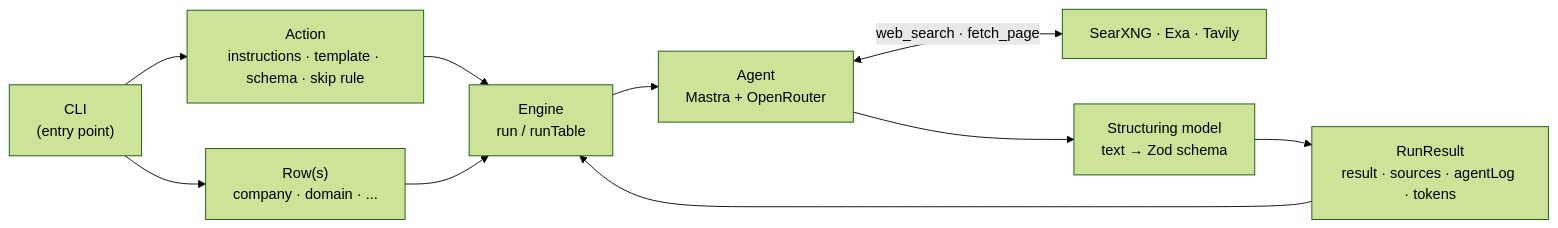
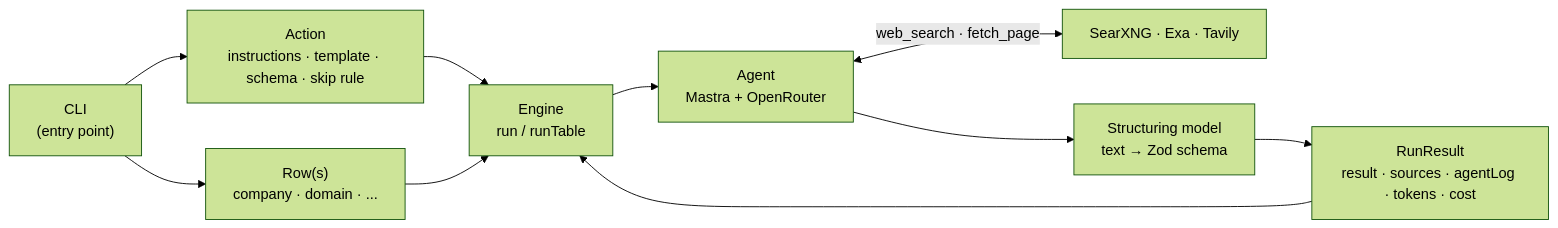
Before and after one commit to simonbalfe/openclaygent: the first of 3 diagrams in docs/architecture.md, drawn with Mermaid (forest theme). The commit also changed other lines of this file and 14 other files, not shown here.

First line of the commit message:
feat(cost): exact per-provider cost tracking in RunResult

````diff
--- a/docs/architecture.md
+++ b/docs/architecture.md
@@ -11,12 +11,12 @@
 ```mermaid
 flowchart LR
   CLI["CLI<br/>(entry point)"] --> ACT["Action<br/>instructions · template · schema · skip rule"]
   CLI --> ROWS["Row(s)<br/>company · domain · ..."]
   ACT --> ENG
   ROWS --> ENG
   ENG["Engine<br/>run / runTable"] --> AG["Agent<br/>Mastra + OpenRouter"]
   AG <-->|"web_search · fetch_page"| EXA["SearXNG · Exa · Tavily"]
   AG --> STR["Structuring model<br/>text → Zod schema"]
-  STR --> RR["RunResult<br/>result · sources · agentLog · tokens"]
+  STR --> RR["RunResult<br/>result · sources · agentLog · tokens · cost"]
   RR --> ENG
 ```
````
